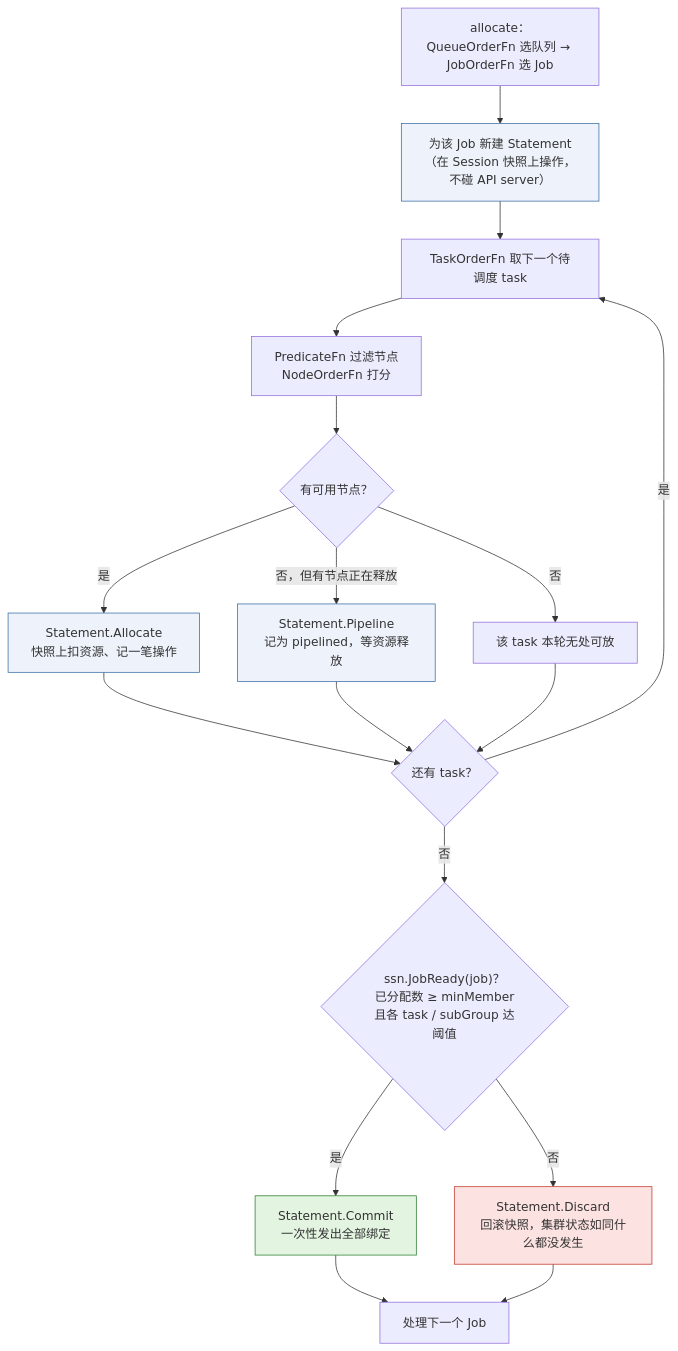
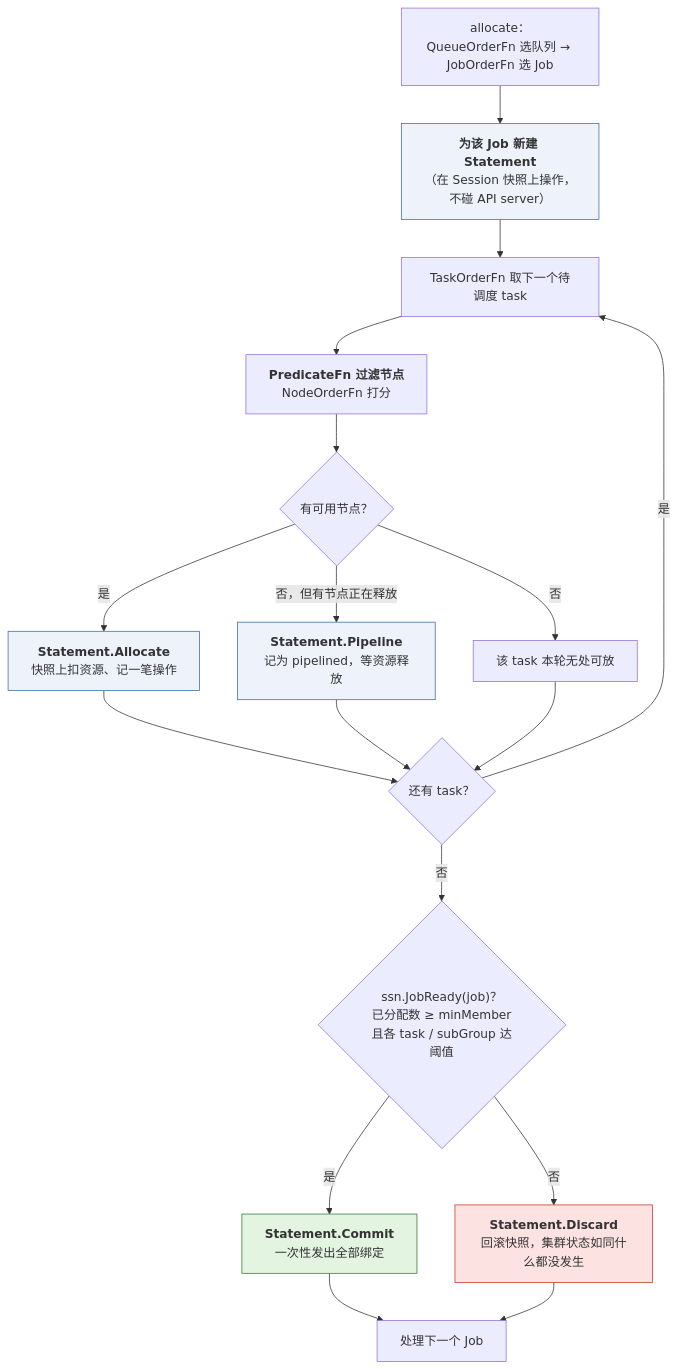
Before and after one commit to arganzheng/arganzheng.github.com: the second of 4 diagrams in _posts/2026-09-17-ai-job-scheduling-gang-queue-topology.md, drawn with Mermaid. The commit also changed other lines of this file and 8 other files, not shown here.

First line of the commit message:
AI 平台工程：资源层与交付层：Mermaid 多行方框的首行标为标题（9 篇）

````diff
--- a/_posts/2026-09-17-ai-job-scheduling-gang-queue-topology.md
+++ b/_posts/2026-09-17-ai-job-scheduling-gang-queue-topology.md
@@ -212,26 +212,26 @@
 ```mermaid
 %% 图：allocate action 的骨架：选队列、选 Job，逐 task 过滤打分，在 Session 快照上 Allocate / Pipeline，凑齐 minMember 才 Commit
 flowchart TB
-    Pick["allocate：QueueOrderFn 选队列 → JobOrderFn 选 Job"] --> NewStmt["为该 Job 新建 Statement<br/>（在 Session 快照上操作，不碰 API server）"]
+    Pick["allocate：QueueOrderFn 选队列 → JobOrderFn 选 Job"] --> NewStmt["<b>为该 Job 新建 Statement</b><br/>（在 Session 快照上操作，不碰 API server）"]
     NewStmt --> NextTask["TaskOrderFn 取下一个待调度 task"]
-    NextTask --> Pred["PredicateFn 过滤节点<br/>NodeOrderFn 打分"]
+    NextTask --> Pred["<b>PredicateFn 过滤节点</b><br/>NodeOrderFn 打分"]
     Pred --> HasNode{"有可用节点？"}
-    HasNode -->|"是"| Alloc["Statement.Allocate<br/>快照上扣资源、记一笔操作"]
-    HasNode -->|"否，但有节点正在释放"| Pipe["Statement.Pipeline<br/>记为 pipelined，等资源释放"]
+    HasNode -->|"是"| Alloc["<b>Statement.Allocate</b><br/>快照上扣资源、记一笔操作"]
+    HasNode -->|"否，但有节点正在释放"| Pipe["<b>Statement.Pipeline</b><br/>记为 pipelined，等资源释放"]
     HasNode -->|"否"| Skip["该 task 本轮无处可放"]
     Alloc --> More{"还有 task？"}
     Pipe --> More
     Skip --> More
     More -->|"是"| NextTask
     More -->|"否"| Ready{"ssn.JobReady(job)？<br/>已分配数 ≥ minMember<br/>且各 task / subGroup 达阈值"}
-    Ready -->|"是"| Commit["Statement.Commit<br/>一次性发出全部绑定"]
-    Ready -->|"否"| Discard["Statement.Discard<br/>回滚快照，集群状态如同什么都没发生"]
+    Ready -->|"是"| Commit["<b>Statement.Commit</b><br/>一次性发出全部绑定"]
+    Ready -->|"否"| Discard["<b>Statement.Discard</b><br/>回滚快照，集群状态如同什么都没发生"]
     Commit --> Next["处理下一个 Job"]
     Discard --> Next
     classDef good fill:#e3f5e1,stroke:#2e7d32;
     classDef bad fill:#fde2e2,stroke:#c0392b;
     classDef sim fill:#eef3fb,stroke:#3b6ea5;
     class Commit good;
     class Discard bad;
     class NewStmt,Alloc,Pipe sim;
 ```
````
